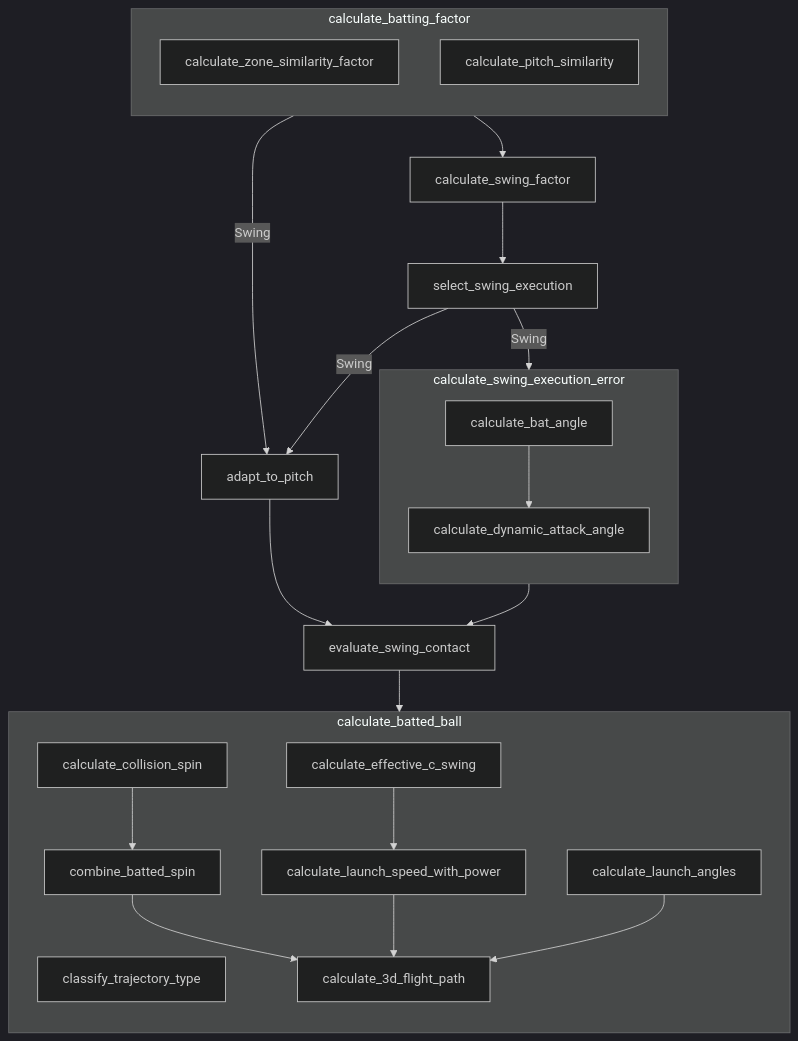
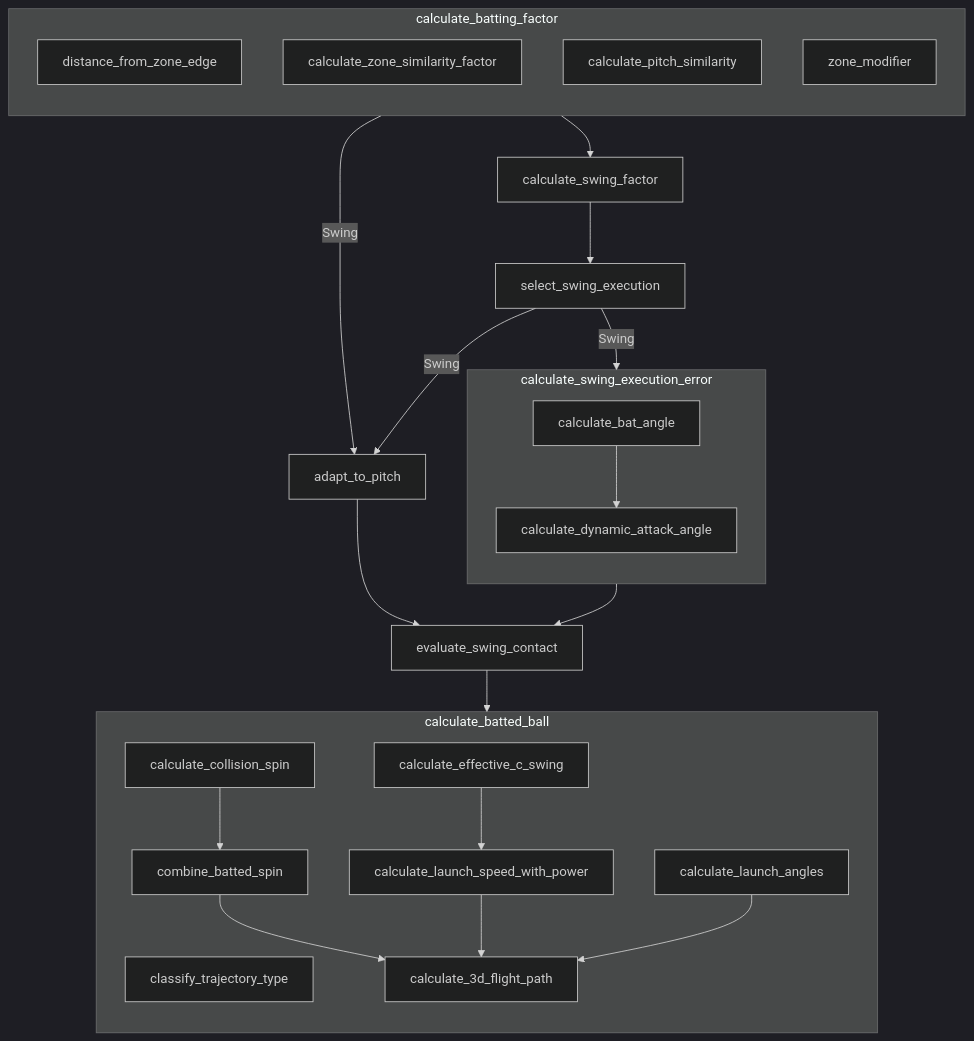
Before and after one commit to torafugu/saberbb: the diagram in docs/mmd/batting_diagram.mmd, drawn with Mermaid (dark theme). The commit also changed 9 other files, not shown here.

```diff
--- a/docs/mmd/batting_diagram.mmd
+++ b/docs/mmd/batting_diagram.mmd
@@ -1,27 +1,29 @@
 flowchart TD
     
     subgraph calculate_batting_factor
         direction TB
+        distance_from_zone_edge
         calculate_zone_similarity_factor
         calculate_pitch_similarity
+        zone_modifier
     end
     
     calculate_batting_factor --> |Swing|adapt_to_pitch
     calculate_batting_factor --> calculate_swing_factor
     calculate_swing_factor --> select_swing_execution
     select_swing_execution --> |Swing|adapt_to_pitch --> evaluate_swing_contact
     select_swing_execution --> |Swing|calculate_swing_execution_error --> evaluate_swing_contact
     evaluate_swing_contact --> calculate_batted_ball
 
     subgraph calculate_swing_execution_error
         direction TB
         calculate_bat_angle --> calculate_dynamic_attack_angle
     end
 
     subgraph calculate_batted_ball
         direction TB
         classify_trajectory_type
         calculate_collision_spin --> combine_batted_spin --> calculate_3d_flight_path
         calculate_effective_c_swing --> calculate_launch_speed_with_power --> calculate_3d_flight_path
         calculate_launch_angles --> calculate_3d_flight_path
     end
```
